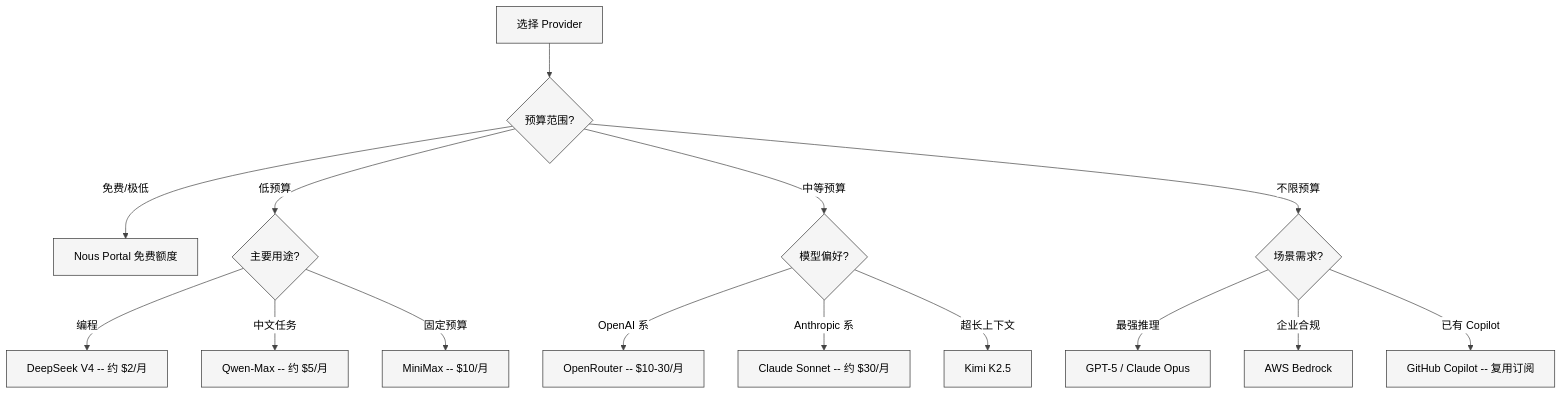
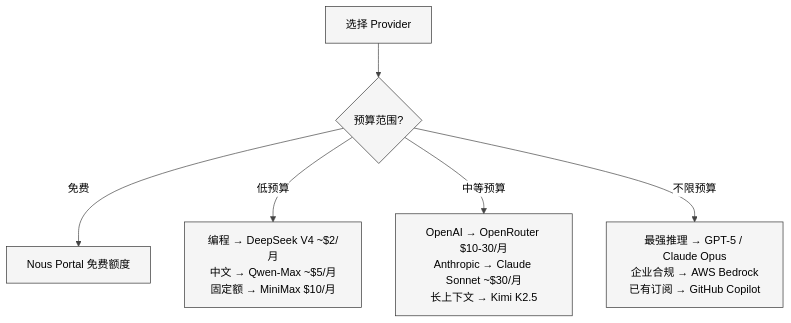
One commit to xiaonancs/hermes-agent-study changed the second of 4 diagrams in Part I 原理与使用/03-初级使用方法.md. Above: the diagram before and after it, drawn with Mermaid. The commit also changed other lines of this file and 32 other files, not shown here.

First line of the commit message:
Mermaid 图表修复：白色背景板 + 长宽比优化

````diff
--- a/Part I 原理与使用/03-初级使用方法.md
+++ b/Part I 原理与使用/03-初级使用方法.md
@@ -174,18 +172,9 @@
 ```mermaid
 %%{init: {'theme': 'neutral', 'themeVariables': {'background': '#ffffff', 'primaryColor': '#f5f5f5', 'primaryTextColor': '#000000', 'primaryBorderColor': '#333333', 'lineColor': '#444444', 'textColor': '#000000', 'mainBkg': '#f5f5f5', 'nodeBorder': '#333333', 'clusterBkg': '#fafafa', 'clusterBorder': '#888888', 'edgeLabelBackground': '#ffffff'}}}%%
 flowchart TD
     START["选择 Provider"] --> BUDGET{"预算范围?"}
-    BUDGET -->|"免费/极低"| FREE["Nous Portal 免费额度"]
-    BUDGET -->|"低预算"| LOW{"主要用途?"}
-    BUDGET -->|"中等预算"| MID{"模型偏好?"}
-    BUDGET -->|"不限预算"| HIGH{"场景需求?"}
-    LOW -->|"编程"| DEEPSEEK["DeepSeek V4 -- 约 $2/月"]
-    LOW -->|"中文任务"| QWEN["Qwen-Max -- 约 $5/月"]
-    LOW -->|"固定预算"| MINIMAX["MiniMax -- $10/月"]
-    MID -->|"OpenAI 系"| OPENROUTER["OpenRouter -- $10-30/月"]
-    MID -->|"Anthropic 系"| CLAUDE["Claude Sonnet -- 约 $30/月"]
-    MID -->|"超长上下文"| KIMI["Kimi K2.5"]
-    HIGH -->|"最强推理"| GPT5["GPT-5 / Claude Opus"]
-    HIGH -->|"企业合规"| BEDROCK["AWS Bedrock"]
-    HIGH -->|"已有 Copilot"| COPILOT["GitHub Copilot -- 复用订阅"]
+    BUDGET -->|"免费"| FREE["Nous Portal 免费额度"]
+    BUDGET -->|"低预算"| LOW["编程 → DeepSeek V4 ~$2/月<br/>中文 → Qwen-Max ~$5/月<br/>固定额 → MiniMax $10/月"]
+    BUDGET -->|"中等预算"| MID["OpenAI → OpenRouter $10-30/月<br/>Anthropic → Claude Sonnet ~$30/月<br/>长上下文 → Kimi K2.5"]
+    BUDGET -->|"不限预算"| HIGH["最强推理 → GPT-5 / Claude Opus<br/>企业合规 → AWS Bedrock<br/>已有订阅 → GitHub Copilot"]
 ```
````
